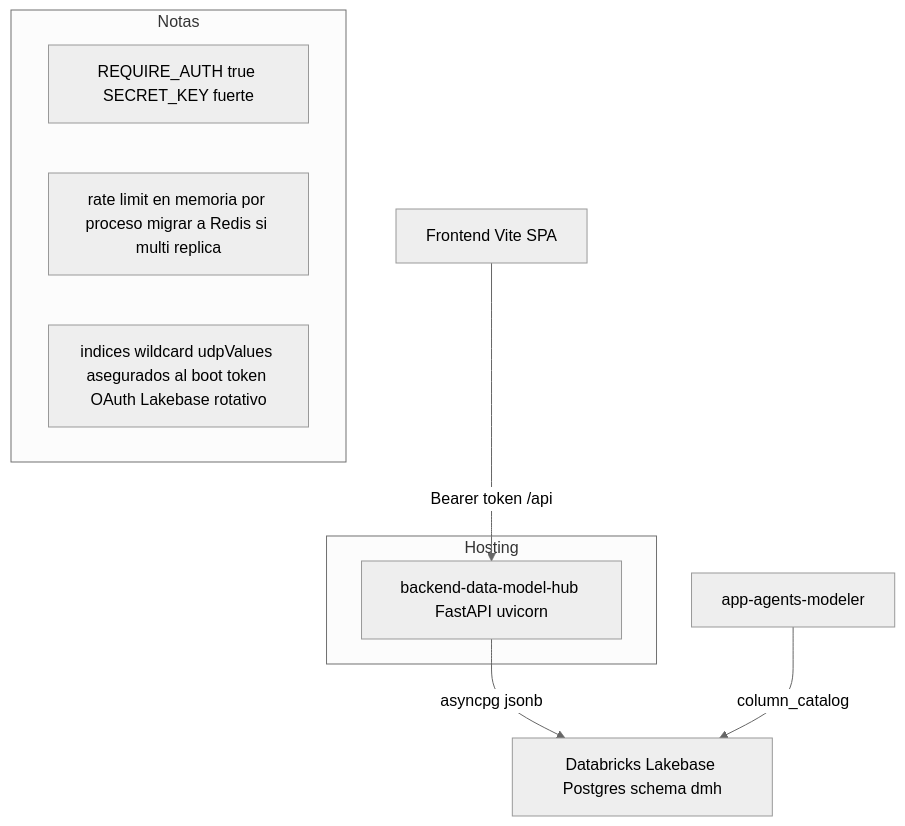
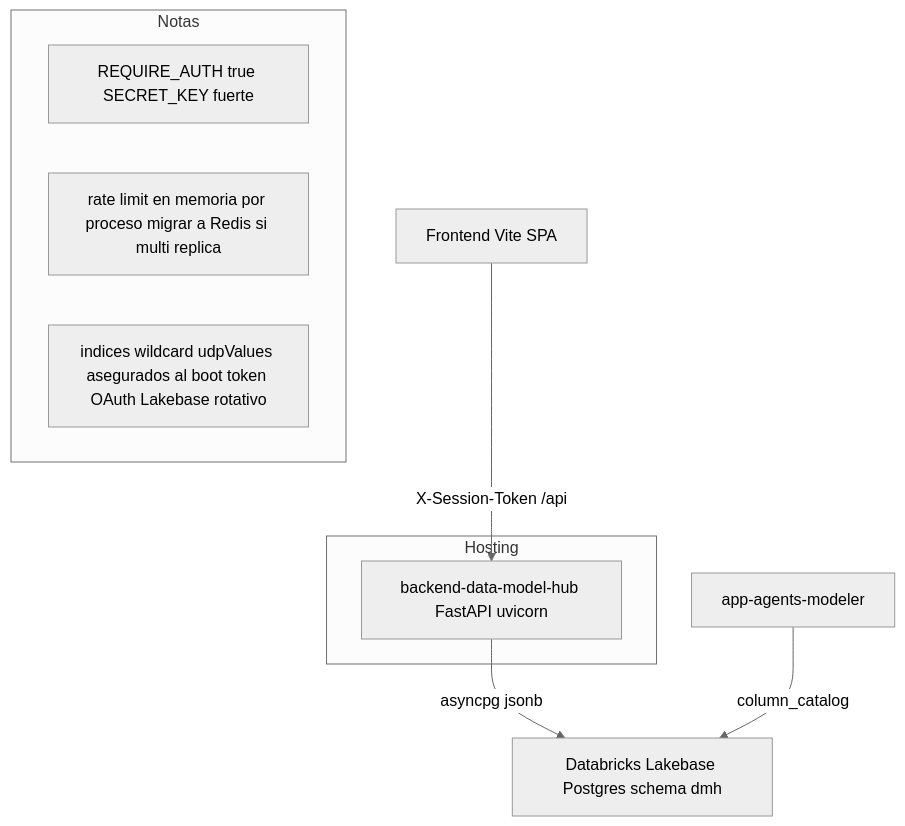
Before and after one commit to Carlosmps97/backend-data-model-hub: the fourth of 4 diagrams in doc/consideraciones-y-limites.md, drawn with Mermaid (neutral theme). The commit also changed other lines of this file and 48 other files, not shown here.

````diff
--- a/doc/consideraciones-y-limites.md
+++ b/doc/consideraciones-y-limites.md
@@ -513,14 +505,14 @@
 ```mermaid
 flowchart TD
-    FE["Frontend Vite SPA"] -->|Bearer token /api| BE["backend-data-model-hub FastAPI uvicorn"]
+    FE["Frontend Vite SPA"] -->|X-Session-Token /api| BE["backend-data-model-hub FastAPI uvicorn"]
     BE -->|asyncpg jsonb| LB["Databricks Lakebase Postgres schema dmh"]
     AG["app-agents-modeler"] -->|column_catalog| LB
     subgraph Hosting
         BE
     end
     subgraph Notas
         N1["REQUIRE_AUTH true SECRET_KEY fuerte"]
         N2["rate limit en memoria por proceso migrar a Redis si multi replica"]
         N3["indices wildcard udpValues asegurados al boot token OAuth Lakebase rotativo"]
     end
 ```
````
